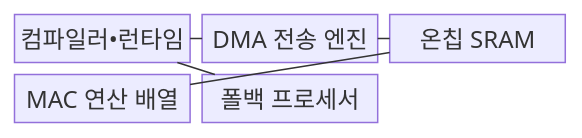
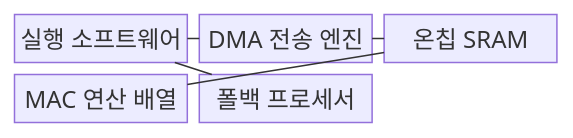
The first of 2 diagrams in src/content/docs/notes/08-latest-tech/052_neural_processing_unit.md (agnusdei1207/knowledge-base), drawn with Mermaid before and after one commit. The commit also changed other lines of this file and 20 other files, not shown here.

````diff
--- a/src/content/docs/notes/08-latest-tech/052_neural_processing_unit.md
+++ b/src/content/docs/notes/08-latest-tech/052_neural_processing_unit.md
@@ -76,13 +76,13 @@
 ```mermaid
 block-beta
   columns 3
-  A["컴파일러•런타임"]
+  A["실행 소프트웨어"]
   B["DMA 전송 엔진"]
   C["온칩 SRAM"]
   D["MAC 연산 배열"]
   E["폴백 프로세서"]
   A --- B
   B --- C
   C --- D
   A --- E
 ```
````
